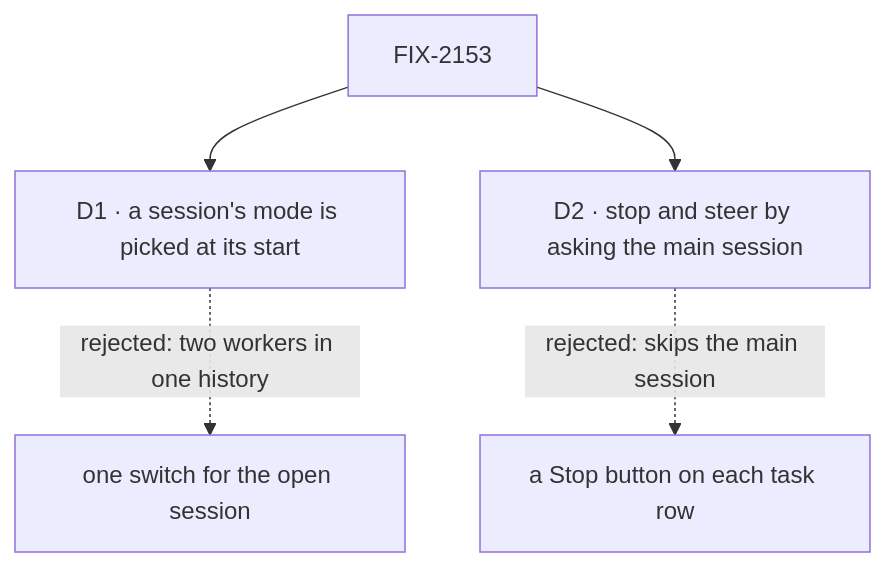
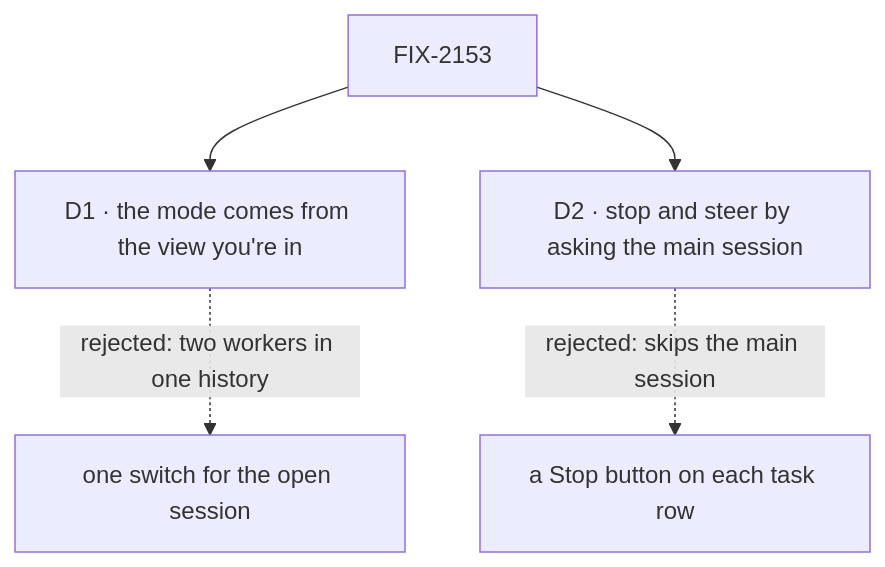
Before and after one commit to fixpoint-labs/flow-state-dev: the diagram in specs/issues/FIX-2153/DECISIONS.md, drawn with Mermaid. The commit also changed other lines of this file and 3 other files, not shown here.

First line of the commit message:
spec(FIX-2153): mode comes from the view; result reaches the turn through the lab's loop-back flow

````diff
--- a/specs/issues/FIX-2153/DECISIONS.md
+++ b/specs/issues/FIX-2153/DECISIONS.md
@@ -11,7 +11,7 @@
 ```mermaid
 flowchart TD
-  I["FIX-2153"] --> D1["D1 · a session's mode is picked at its start"]
+  I["FIX-2153"] --> D1["D1 · the mode comes from the view you're in"]
   D1 -.->|"rejected: two workers in one history"| X1["one switch for the open session"]
   I --> D2["D2 · stop and steer by asking the main session"]
   D2 -.->|"rejected: skips the main session"| X2["a Stop button on each task row"]
 ```
````
